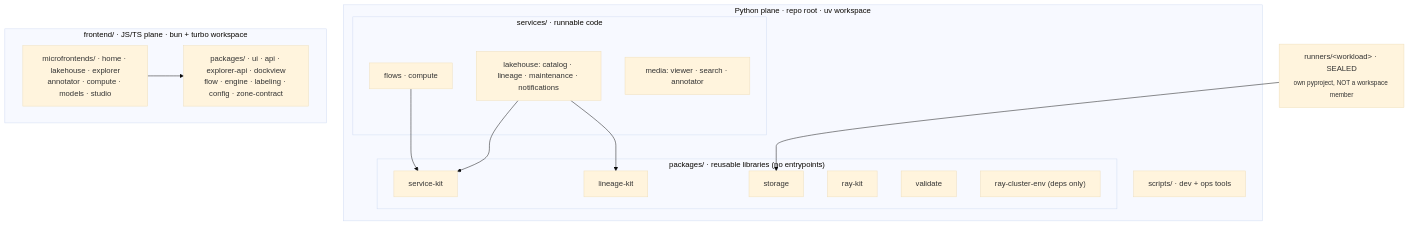
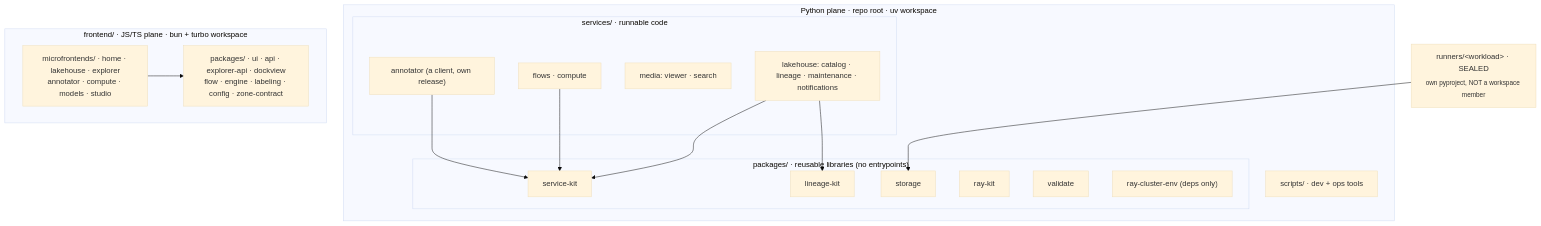
The diagram in docs/architecture/layout.md (AI-Riksarkivet/rask), drawn with Mermaid (base theme) before and after one commit. The commit also changed other lines of this file and 207 other files, not shown here.

First line of the commit message:
feat(annotator): XC-167 — the lakehouse knows no annotation tool: rask's annotator is a client with its own release, state and roles, and the catalog's own control lane acts only on signed events

````diff
--- a/docs/architecture/layout.md
+++ b/docs/architecture/layout.md
@@ -10,28 +10,30 @@
 ```mermaid
 flowchart TD
     subgraph py["Python plane · repo root · uv workspace"]
         subgraph services["services/ · runnable code"]
             lake["lakehouse: catalog · lineage · maintenance · notifications"]
             fleet["flows · compute"]
-            media["media: viewer · search · annotator"]
+            media["media: viewer · search"]
+            annot["annotator (a client, own release)"]
         end
         subgraph packages["packages/ · reusable libraries (no entrypoints)"]
             psk["service-kit"]
             plk["lineage-kit"]
             pst["storage"]
             prk["ray-kit"]
             ptv["validate"]
             prc["ray-cluster-env (deps only)"]
         end
         cx["scripts/ · dev + ops tools"]
     end
     subgraph js["frontend/ · JS/TS plane · bun + turbo workspace"]
         mf["microfrontends/ · home · lakehouse · explorer<br/>annotator · compute · models · studio"]
         fpk["packages/ · ui · api · explorer-api · dockview<br/>flow · engine · labeling · config · zone-contract"]
     end
     rn["runners/&lt;workload&gt; · SEALED<br/><sub>own pyproject, NOT a workspace member</sub>"] --> pst
     lake --> psk
     lake --> plk
     fleet --> psk
+    annot --> psk
     mf --> fpk
 ```
````
